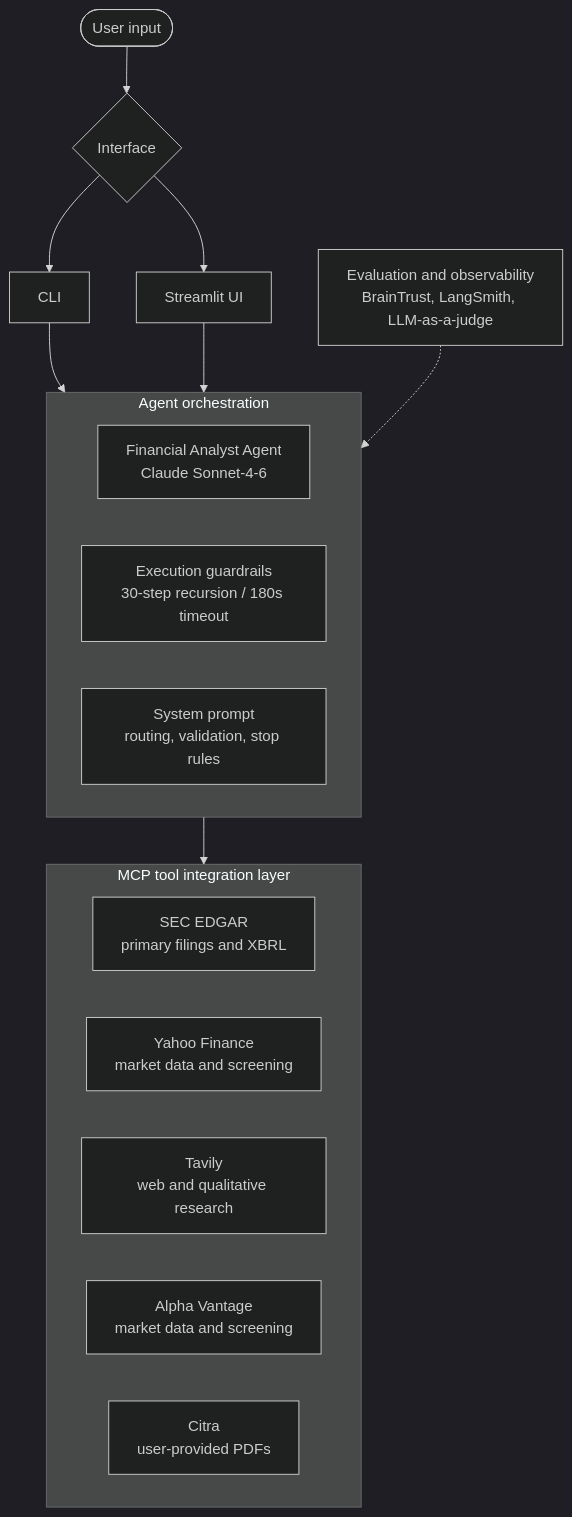
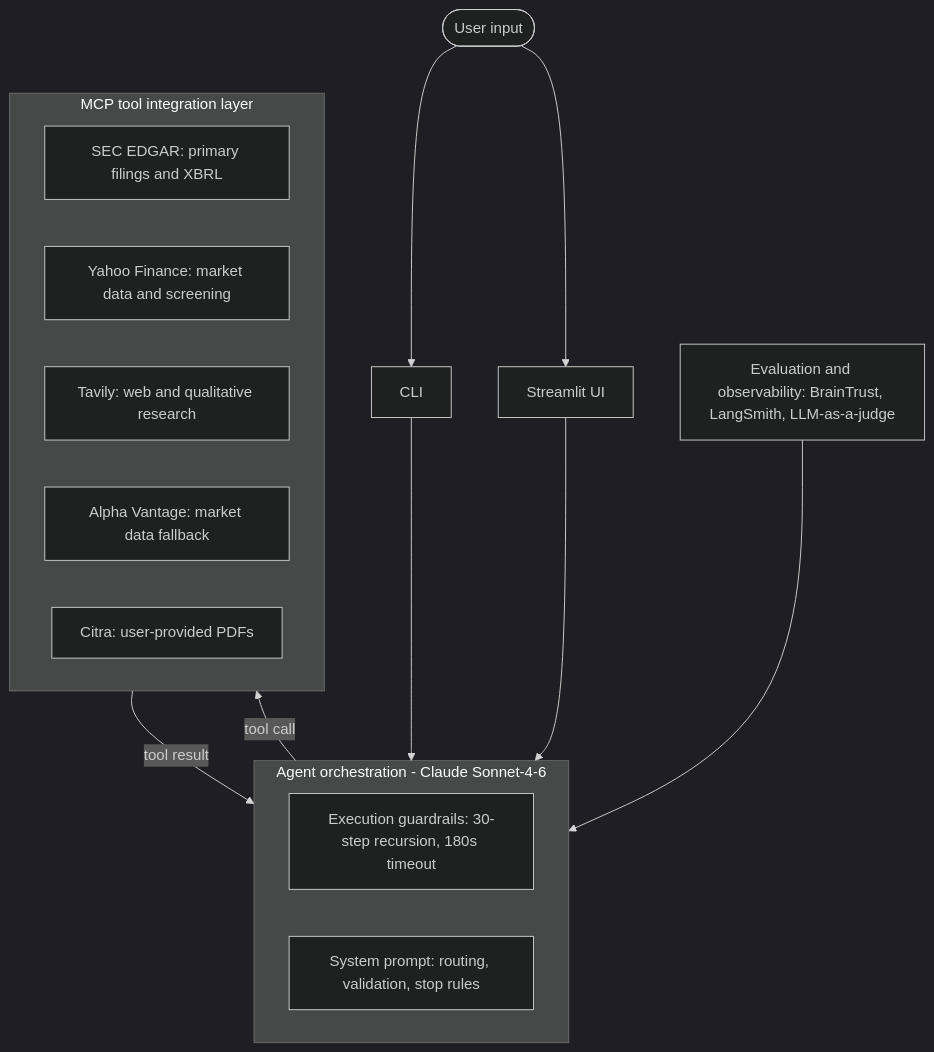
The diagram in README.md (setareh-soltanieh/financial_analyst_agent), drawn with Mermaid (dark theme) before and after one commit.

Commit message:
Fix mermaid diagram syntax for GitHub rendering
GitHub's mermaid renderer choked on \n line breaks inside quoted
node labels, a diamond-shaped decision node, and a dotted edge into
a subgraph. Switched to plain labels and solid edges, matching the
pattern the previous README's diagram used successfully.

````diff
--- a/README.md
+++ b/README.md
@@ -63,26 +63,25 @@
 ```mermaid
 flowchart TD
-    User(["User input"]) --> Interface{"Interface"}
-    Interface --> CLI["CLI"]
-    Interface --> UI["Streamlit UI"]
-    CLI --> Orchestration
-    UI --> Orchestration
+    User(["User input"]) --> CLI["CLI"]
+    User --> UI["Streamlit UI"]
+    CLI --> Agent
+    UI --> Agent
 
-    subgraph Orchestration["Agent orchestration"]
-        Model["Financial Analyst Agent\nClaude Sonnet-4-6"]
-        Guardrails["Execution guardrails\n30-step recursion / 180s timeout"]
-        Prompt["System prompt\nrouting, validation, stop rules"]
+    subgraph Agent["Agent orchestration - Claude Sonnet-4-6"]
+        Guardrails["Execution guardrails: 30-step recursion, 180s timeout"]
+        Prompt["System prompt: routing, validation, stop rules"]
     end
 
-    Orchestration --> Servers
+    Agent -- "tool call" --> Servers
+    Servers -- "tool result" --> Agent
 
     subgraph Servers["MCP tool integration layer"]
-        SEC["SEC EDGAR\nprimary filings and XBRL"]
-        YF["Yahoo Finance\nmarket data and screening"]
-        TAV["Tavily\nweb and qualitative research"]
-        AV["Alpha Vantage\nmarket data and screening"]
-        PDF["Citra\nuser-provided PDFs"]
+        SEC["SEC EDGAR: primary filings and XBRL"]
+        YF["Yahoo Finance: market data and screening"]
+        TAV["Tavily: web and qualitative research"]
+        AV["Alpha Vantage: market data fallback"]
+        PDF["Citra: user-provided PDFs"]
     end
 
-    Obs["Evaluation and observability\nBrainTrust, LangSmith, LLM-as-a-judge"] -.-> Orchestration
+    Obs["Evaluation and observability: BrainTrust, LangSmith, LLM-as-a-judge"] --> Agent
 ```
````
